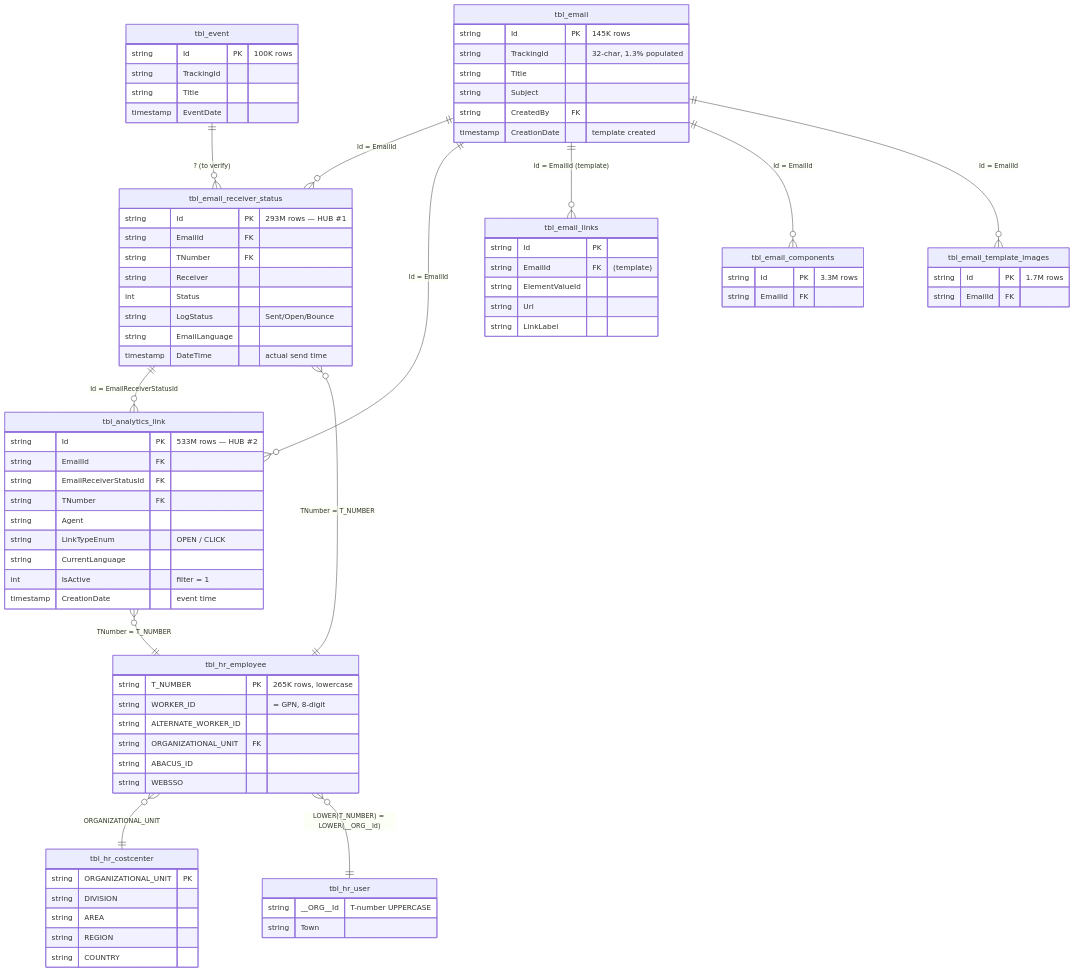
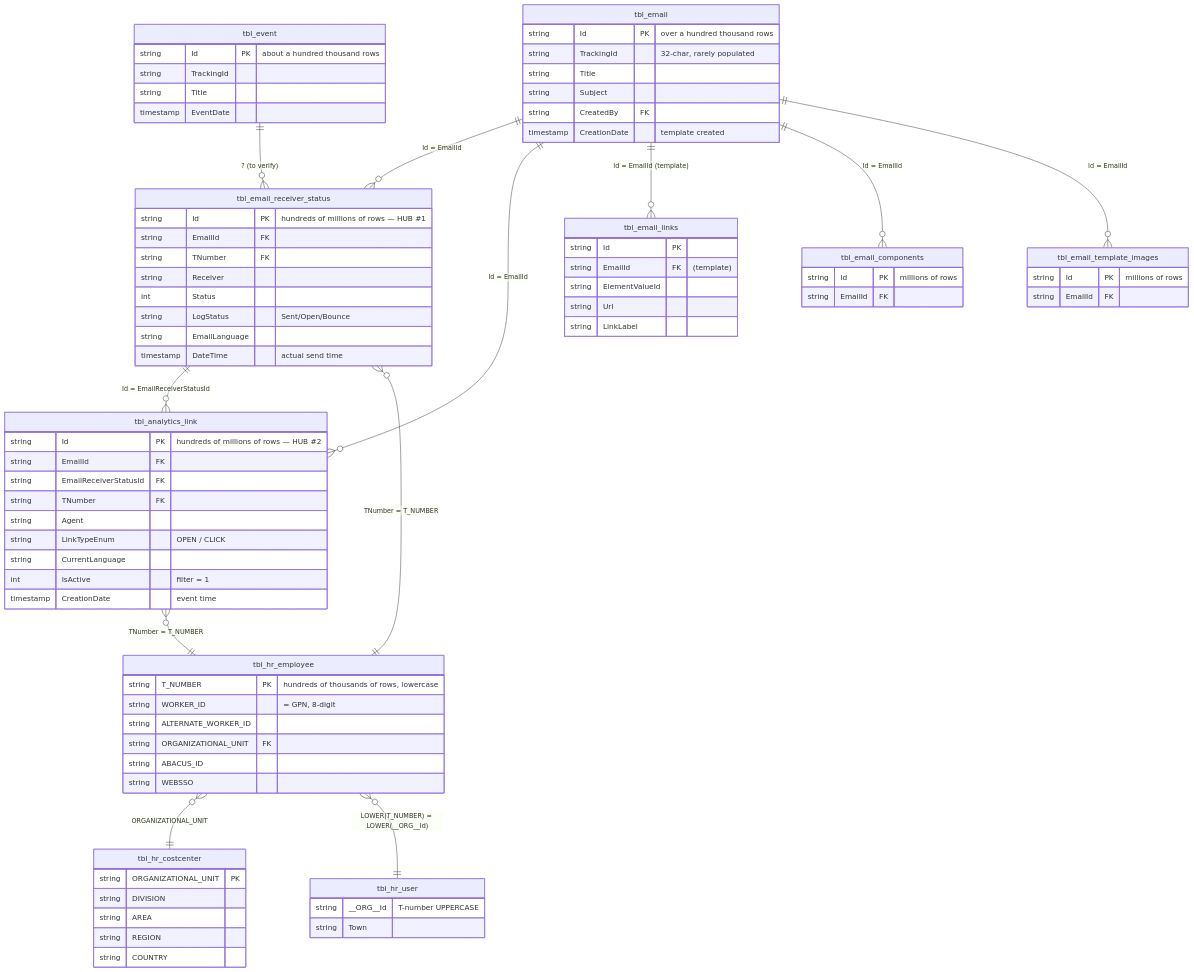
One commit to dallmi/Databricks changed the diagram in docs/diagrams/er_imep_bronze.md. Above: the diagram before and after it, drawn with Mermaid. The commit also changed other lines of this file and 87 other files, not shown here.

```diff
--- a/docs/diagrams/er_imep_bronze.md
+++ b/docs/diagrams/er_imep_bronze.md
@@ -21,15 +21,15 @@
     tbl_event                 ||--o{ tbl_email_receiver_status : "? (to verify)"
 
     tbl_email {
-        string Id PK "145K rows"
-        string TrackingId "32-char, 1.3% populated"
+        string Id PK "over a hundred thousand rows"
+        string TrackingId "32-char, rarely populated"
         string Title
         string Subject
         string CreatedBy FK
         timestamp CreationDate "template created"
     }
     tbl_email_receiver_status {
-        string Id PK "293M rows — HUB #1"
+        string Id PK "hundreds of millions of rows — HUB #1"
         string EmailId FK
         string TNumber FK
         string Receiver
@@ -39,7 +39,7 @@
         timestamp DateTime "actual send time"
     }
     tbl_analytics_link {
-        string Id PK "533M rows — HUB #2"
+        string Id PK "hundreds of millions of rows — HUB #2"
         string EmailId FK
         string EmailReceiverStatusId FK
         string TNumber FK
@@ -57,21 +57,21 @@
         string LinkLabel
     }
     tbl_email_components {
-        string Id PK "3.3M rows"
+        string Id PK "millions of rows"
         string EmailId FK
     }
     tbl_email_template_images {
-        string Id PK "1.7M rows"
+        string Id PK "millions of rows"
         string EmailId FK
     }
     tbl_event {
-        string Id PK "100K rows"
+        string Id PK "about a hundred thousand rows"
         string TrackingId
         string Title
         timestamp EventDate
     }
     tbl_hr_employee {
-        string T_NUMBER PK "265K rows, lowercase"
+        string T_NUMBER PK "hundreds of thousands of rows, lowercase"
         string WORKER_ID "= GPN, 8-digit"
         string ALTERNATE_WORKER_ID
         string ORGANIZATIONAL_UNIT FK
```
